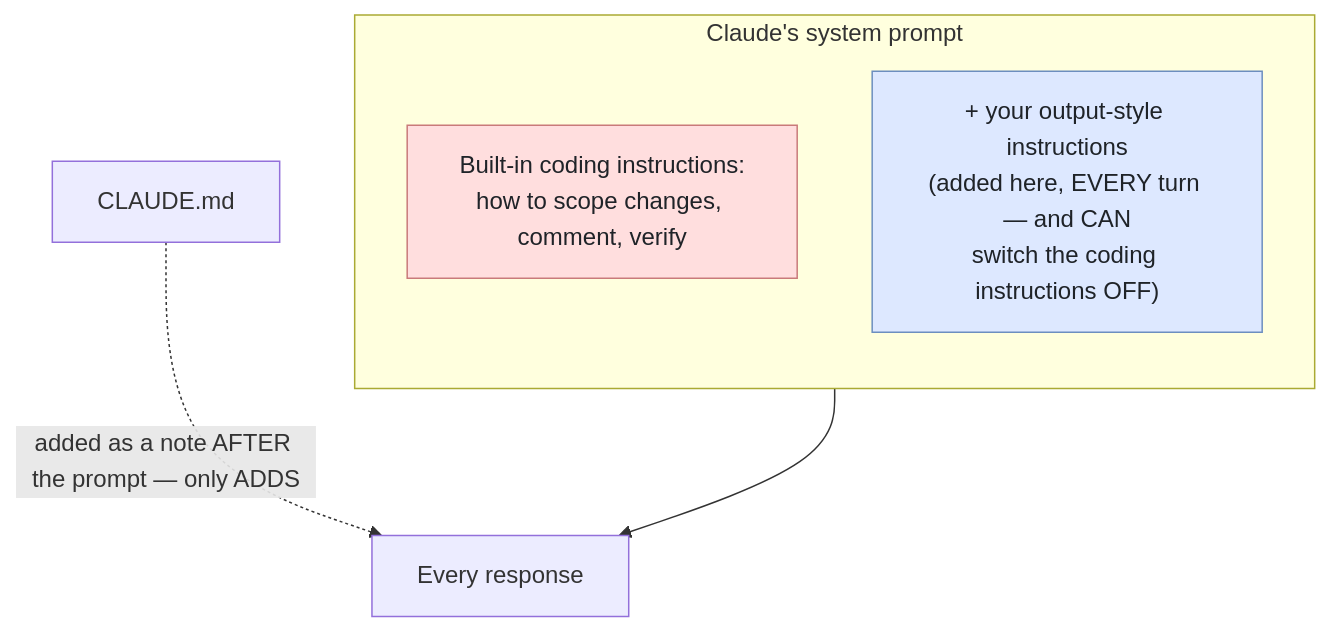
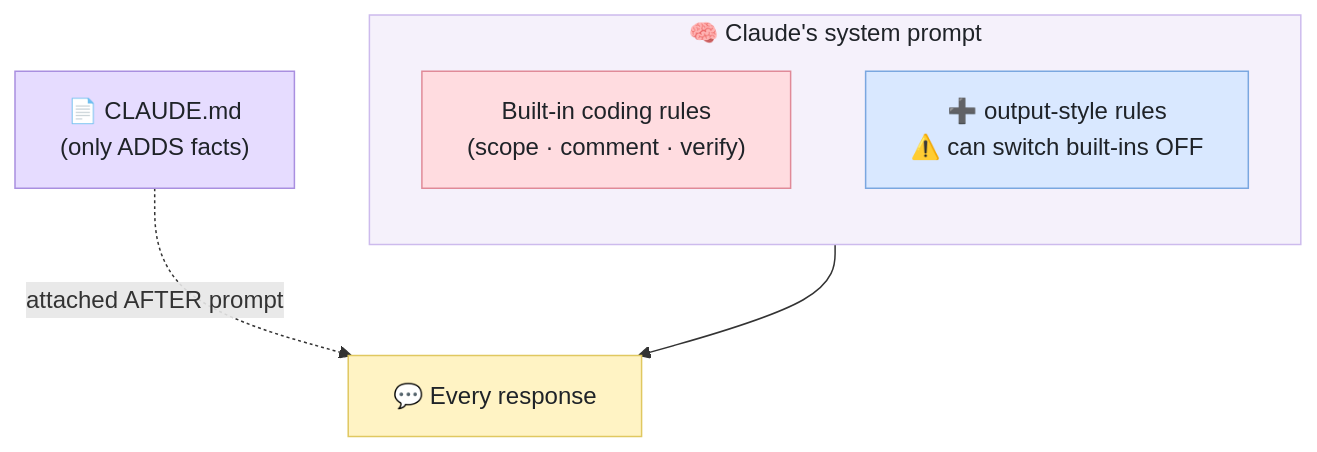
Before and after one commit to klesajos/grimoire: the second of 4 diagrams in plugins/starter-spell/README.md, drawn with Mermaid. The commit also changed other lines of this file and 2 other files, not shown here.

First line of the commit message:
Restyle README diagrams with pastel palette + shorter labels

````diff
--- a/plugins/starter-spell/README.md
+++ b/plugins/starter-spell/README.md
@@ -225,13 +234,20 @@
 ```mermaid
 flowchart TB
-    subgraph SP[Claude's system prompt]
+    subgraph SP["🧠 Claude's system prompt"]
       direction TB
-      B[Built-in coding instructions:<br/>how to scope changes, comment, verify]
-      O["+ your output-style instructions<br/>(added here, EVERY turn — and CAN<br/>switch the coding instructions OFF)"]
+      B["Built-in coding rules<br/>(scope · comment · verify)"]
+      O["➕ output-style rules<br/>⚠️ can switch built-ins OFF"]
     end
-    SP --> R[Every response]
-    CM[CLAUDE.md] -. added as a note AFTER the prompt — only ADDS .-> R
+    SP --> R["💬 Every response"]
+    CM["📄 CLAUDE.md<br/>(only ADDS facts)"] -. attached AFTER prompt .-> R
 
-    style B fill:#ffdede,stroke:#c97a7a,stroke-width:1px,color:#1f2328
-    style O fill:#dde8ff,stroke:#6c8ebf,stroke-width:1px,color:#1f2328
+    classDef builtin fill:#ffdce0,stroke:#e08a98,stroke-width:1px,color:#1f2328
+    classDef ostyle fill:#d9e8ff,stroke:#7aa7e0,stroke-width:1px,color:#1f2328
+    classDef resp fill:#fff3c4,stroke:#e0c860,stroke-width:1px,color:#1f2328
+    classDef md fill:#e6dcff,stroke:#a98fe0,stroke-width:1px,color:#1f2328
+    class B builtin
+    class O ostyle
+    class R resp
+    class CM md
+    style SP fill:#f5f1fb,stroke:#cdbbed,color:#1f2328
 ```
````
